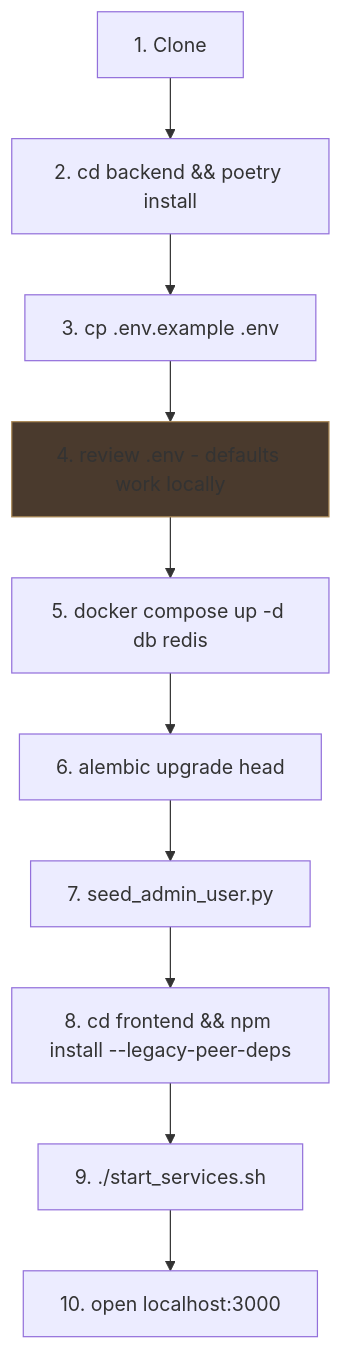
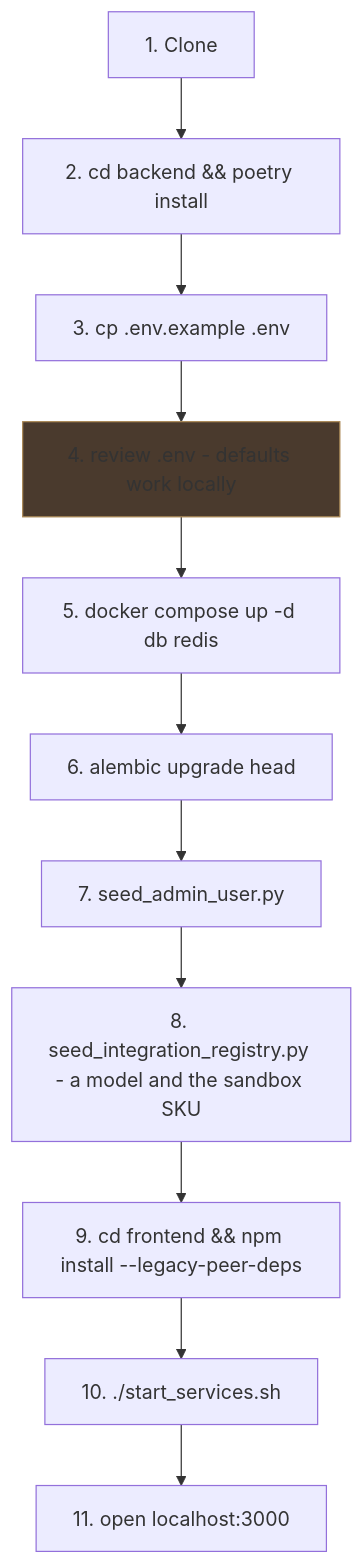
The second of 7 diagrams in docs/current/20-onboarding-and-glossary.md (gondolerahul/hire-buddha-app), drawn with Mermaid before and after one commit. The commit also changed other lines of this file and 22 other files, not shown here.

````diff
--- a/docs/current/20-onboarding-and-glossary.md
+++ b/docs/current/20-onboarding-and-glossary.md
@@ -66,14 +66,15 @@
 ```mermaid
 flowchart TD
     A["1. Clone"] --> B["2. cd backend && poetry install"]
     B --> C["3. cp .env.example .env"]
     C --> C2["4. review .env - defaults work locally"]
     C2 --> D["5. docker compose up -d db redis"]
     D --> E["6. alembic upgrade head"]
     E --> F["7. seed_admin_user.py"]
-    F --> G["8. cd frontend && npm install --legacy-peer-deps"]
-    G --> H["9. ./start_services.sh"]
-    H --> I["10. open localhost:3000"]
+    F --> F2["8. seed_integration_registry.py - a model and the sandbox SKU"]
+    F2 --> G["9. cd frontend && npm install --legacy-peer-deps"]
+    G --> H["10. ./start_services.sh"]
+    H --> I["11. open localhost:3000"]
 
     style C2 fill:#4a3a2d,stroke:#a85
 ```
````
